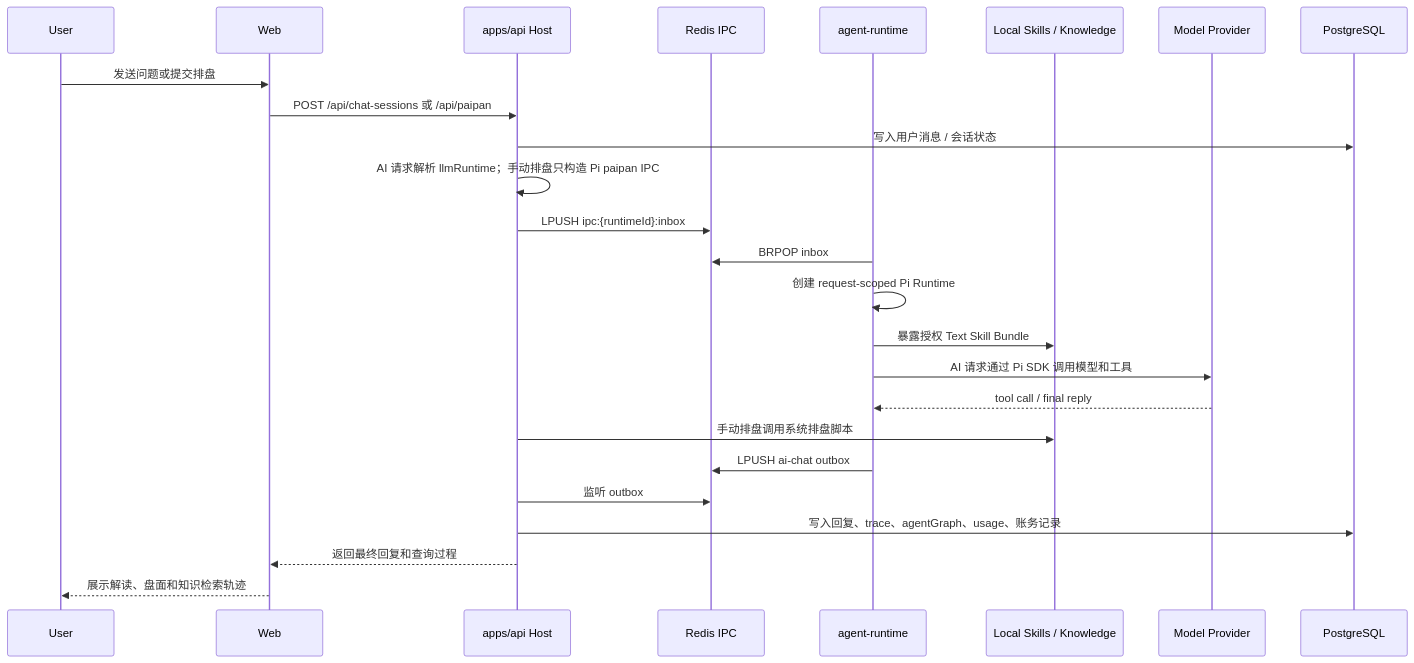
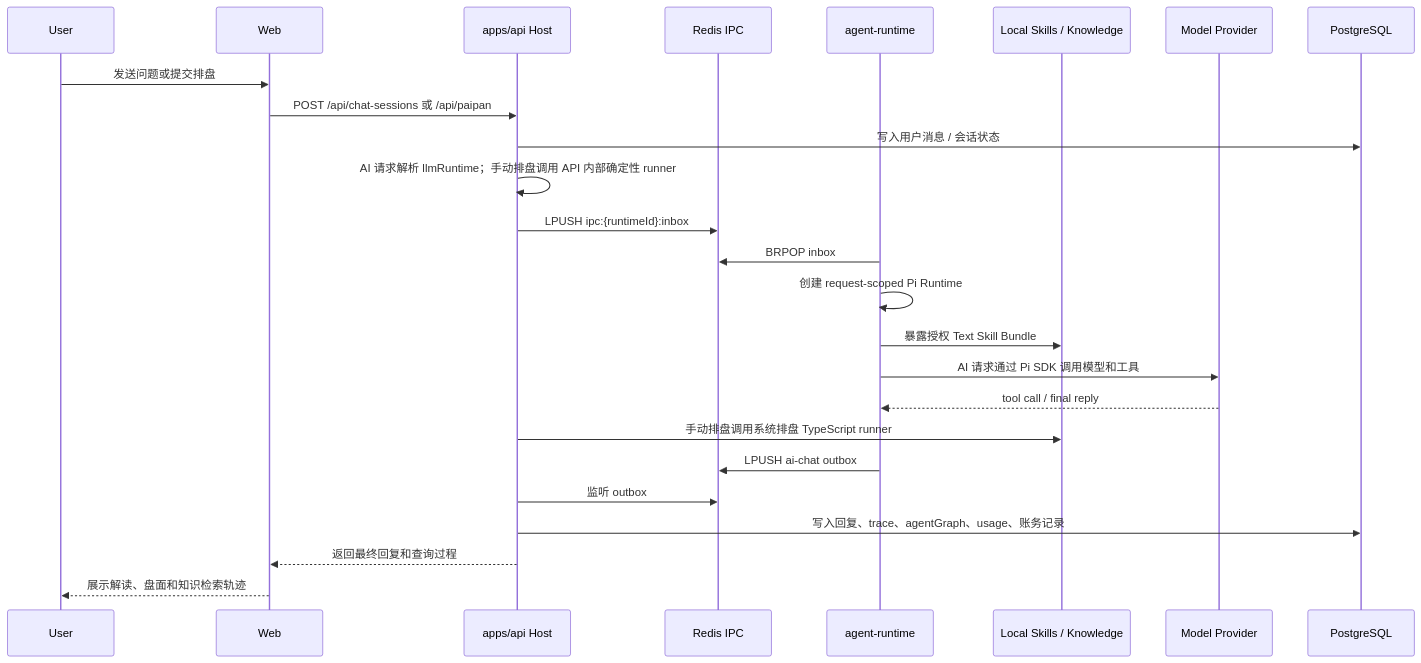
The third of 3 diagrams in README.md (Coaixy/FateClaw), drawn with Mermaid before and after one commit. The commit also changed other lines of this file and 13 other files, not shown here.

````diff
--- a/README.md
+++ b/README.md
@@ -100,28 +100,28 @@
 ```mermaid
 sequenceDiagram
   participant U as User
   participant W as Web
   participant H as apps/api Host
   participant R as Redis IPC
   participant A as agent-runtime
   participant S as Local Skills / Knowledge
   participant M as Model Provider
   participant DB as PostgreSQL
 
   U->>W: 发送问题或提交排盘
   W->>H: POST /api/chat-sessions 或 /api/paipan
   H->>DB: 写入用户消息 / 会话状态
-  H->>H: AI 请求解析 llmRuntime；手动排盘只构造 Pi paipan IPC
+  H->>H: AI 请求解析 llmRuntime；手动排盘调用 API 内部确定性 runner
   H->>R: LPUSH ipc:{runtimeId}:inbox
   A->>R: BRPOP inbox
   A->>A: 创建 request-scoped Pi Runtime
   A->>S: 暴露授权 Text Skill Bundle
   A->>M: AI 请求通过 Pi SDK 调用模型和工具
   M-->>A: tool call / final reply
-  H->>S: 手动排盘调用系统排盘脚本
+  H->>S: 手动排盘调用系统排盘 TypeScript runner
   A->>R: LPUSH ai-chat outbox
   H->>R: 监听 outbox
   H->>DB: 写入回复、trace、agentGraph、usage、账务记录
   H-->>W: 返回最终回复和查询过程
   W-->>U: 展示解读、盘面和知识检索轨迹
 ```
````
